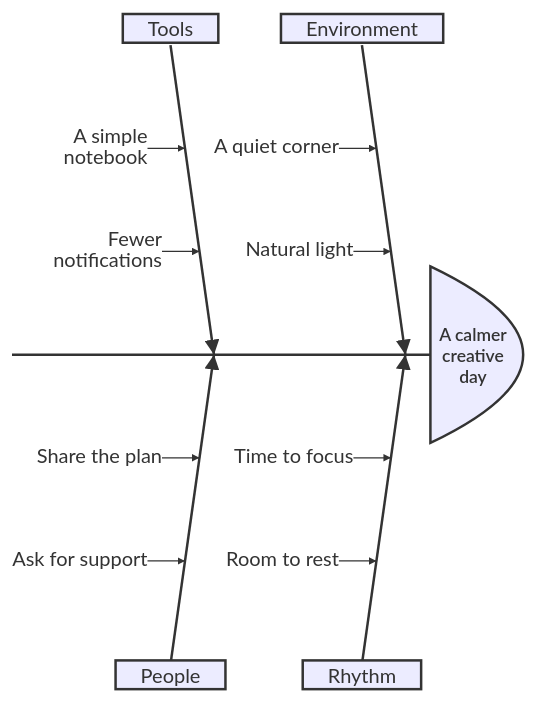
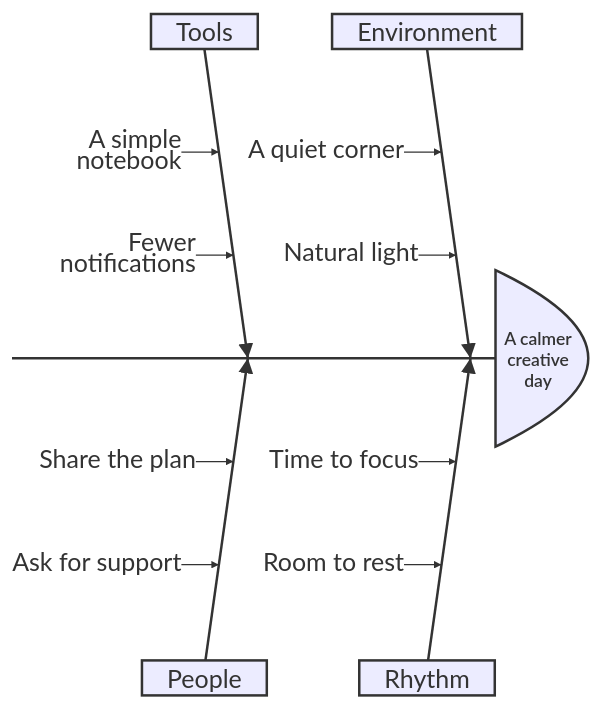
The diagram in Examples/MermaidGallery/Sources/GalleryContent/Diagrams/ishikawa.mmd (ThorFuchs/Swift-Mermaid), drawn with Mermaid before and after one commit. The commit also changed 32 other files, not shown here.

Commit message:
Polish diagram gallery and release 0.1.5

```diff
--- a/Examples/MermaidGallery/Sources/GalleryContent/Diagrams/ishikawa.mmd
+++ b/Examples/MermaidGallery/Sources/GalleryContent/Diagrams/ishikawa.mmd
@@ -1,14 +1,15 @@
+%%{init: {'themeVariables': {'fontSize': '20px'}}}%%
 ishikawa-beta
     A calmer creative day
     Environment
         A quiet corner
         Natural light
     Rhythm
         Time to focus
         Room to rest
     Tools
         A simple notebook
         Fewer notifications
     People
         Share the plan
         Ask for support
```
